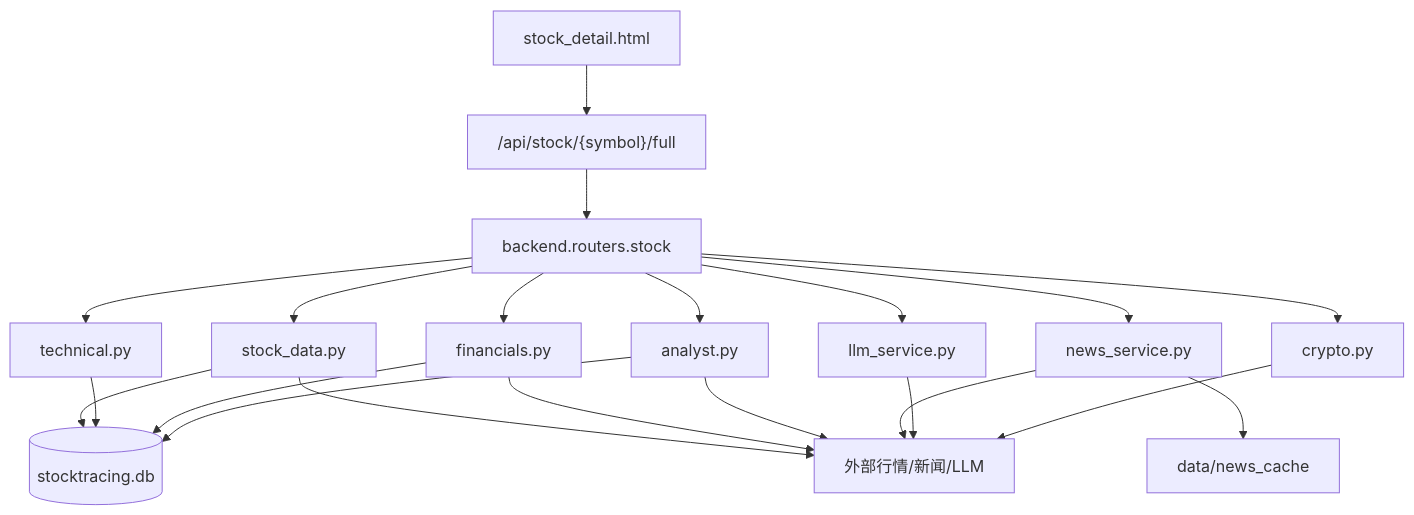
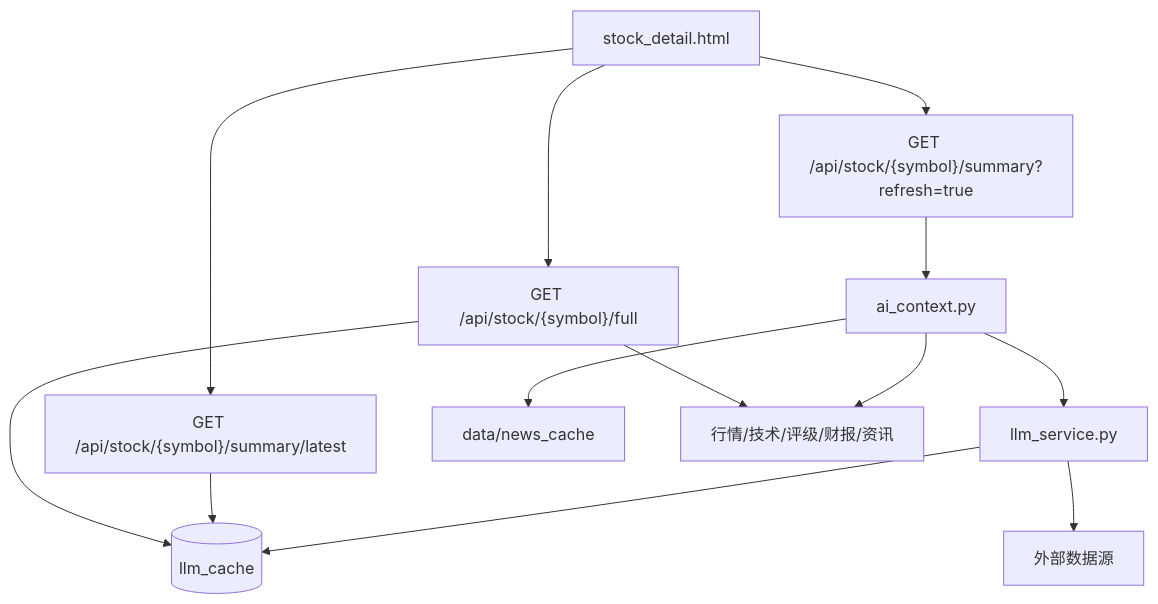
The fourth of 6 diagrams in ARCHITECTURE.md (RESBI/StockTracing), drawn with Mermaid before and after one commit. The commit also changed other lines of this file and 1 other file, not shown here.

Commit message:
Update documentation for current features and architecture

````diff
--- a/ARCHITECTURE.md
+++ b/ARCHITECTURE.md
@@ -61,37 +99,26 @@
 ```mermaid
 flowchart TD
-    Page[stock_detail.html]
-    FullApi["/api/stock/{symbol}/full"]
-    Router[backend.routers.stock]
-    Stock[stock_data.py]
-    Technical[technical.py]
-    Financials[financials.py]
-    Analyst[analyst.py]
-    News[news_service.py]
+    Detail[stock_detail.html]
+    FullApi["GET /api/stock/{symbol}/full"]
+    LatestAi["GET /api/stock/{symbol}/summary/latest"]
+    RefreshAi["GET /api/stock/{symbol}/summary?refresh=true"]
+    AiContext[ai_context.py]
     Llm[llm_service.py]
-    Crypto[crypto.py]
-    Db[(stocktracing.db)]
+    LlmCache[(llm_cache)]
     NewsCache["data/news_cache"]
-    External["外部行情/新闻/LLM"]
+    Services["行情/技术/评级/财报/资讯"]
+    External[外部数据源]
 
-    Page --> FullApi
-    FullApi --> Router
-    Router --> Stock
-    Router --> Technical
-    Router --> Financials
-    Router --> Analyst
-    Router --> News
-    Router --> Llm
-    Router --> Crypto
-    Stock --> Db
-    Technical --> Db
-    Financials --> Db
-    Analyst --> Db
-    News --> NewsCache
-    Stock --> External
-    Financials --> External
-    Analyst --> External
-    News --> External
+    Detail --> FullApi
+    FullApi --> Services
+    FullApi --> LlmCache
+    Detail --> LatestAi
+    LatestAi --> LlmCache
+    Detail --> RefreshAi
+    RefreshAi --> AiContext
+    AiContext --> Services
+    AiContext --> NewsCache
+    AiContext --> Llm
     Llm --> External
-    Crypto --> External
+    Llm --> LlmCache
 ```
````
